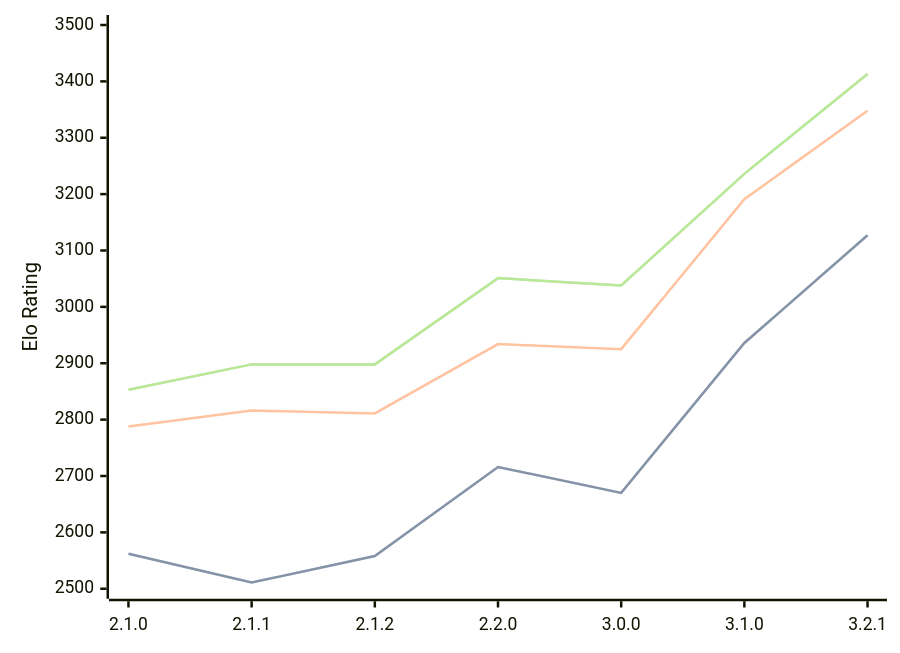
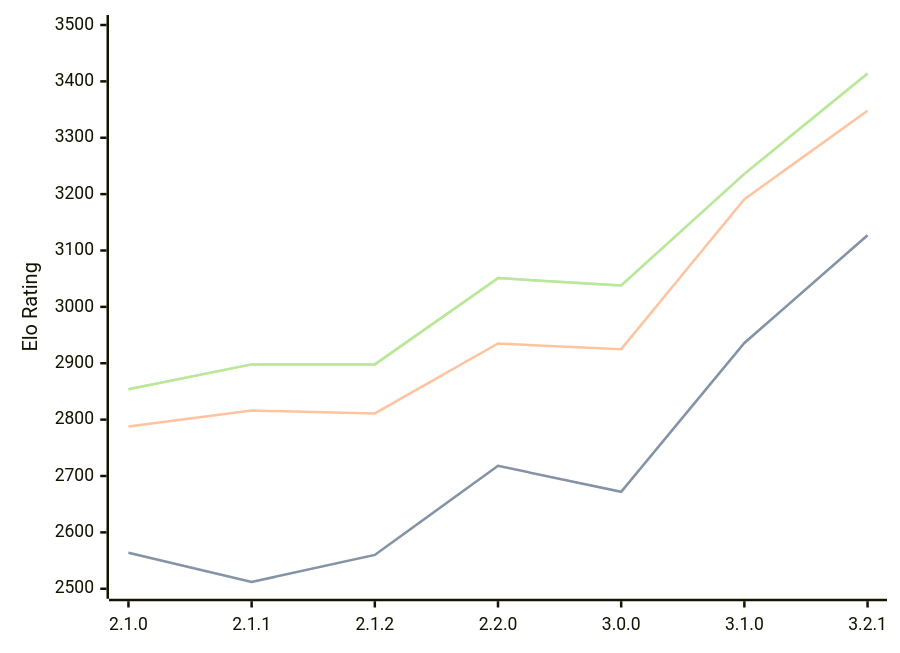
One commit to computer-chess-index/cci changed the diagram in engines/Prune.md. Above: the diagram before and after it, drawn with Mermaid. The commit also changed other lines of this file, not shown here.

Commit message:
Update CCI Ratings (ELO VLTC) - 2026-04-12

````diff
--- a/engines/Prune.md
+++ b/engines/Prune.md
@@ -42,11 +42,11 @@
 ```mermaid
 %%{init: {"theme":"base","themeVariables":{"seriesColors:['#a3a3a3','#222221','#faa371']}}}%%
 xychart-beta
   x-axis ["2.1.0", "2.1.1", "2.1.2", "2.2.0", "3.0.0", "3.1.0", "3.2.1"]
   y-axis "Elo Rating" 2500 --> 3500
-  line "STC (8.0+0.08s)" [2562, 2511, 2558, 2716, 2670, 2936, 3127]
-  line "STC (8.0+0.08s)" [2562, 2511, 2558, 2716, 2670, 2936, 3127]
-  line "LTC (60.0+0.60s)" [2788, 2816, 2811, 2934, 2925, 3191, 3348]
-  line "VLTC (2m24s+1.12s)" [2853, 2898, 2898, 3051, 3038, 3236, 3413]
-  line "VLTC (2m24s+1.12s)" [2853, 2898, 2898, 3051, 3038, 3236, 3413]
+  line "STC (8.0+0.08s)" [2564, 2512, 2560, 2718, 2672, 2936, 3127]
+  line "STC (8.0+0.08s)" [2564, 2512, 2560, 2718, 2672, 2936, 3127]
+  line "LTC (60.0+0.60s)" [2788, 2816, 2811, 2935, 2925, 3191, 3348]
+  line "VLTC (2m24s+1.12s)" [2854, 2898, 2898, 3051, 3038, 3236, 3414]
+  line "VLTC (2m24s+1.12s)" [2854, 2898, 2898, 3051, 3038, 3236, 3414]
 ```
````
